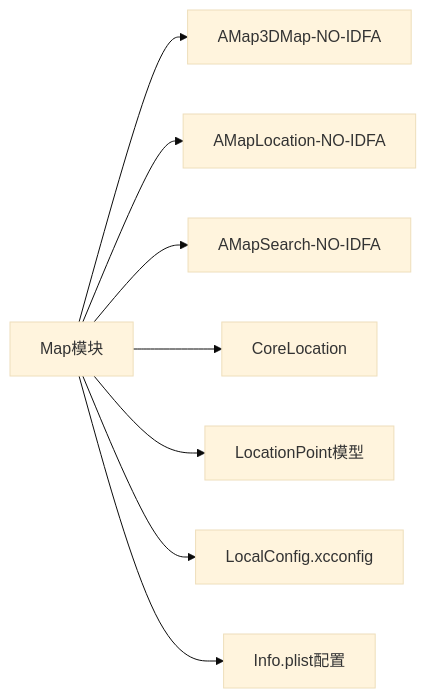
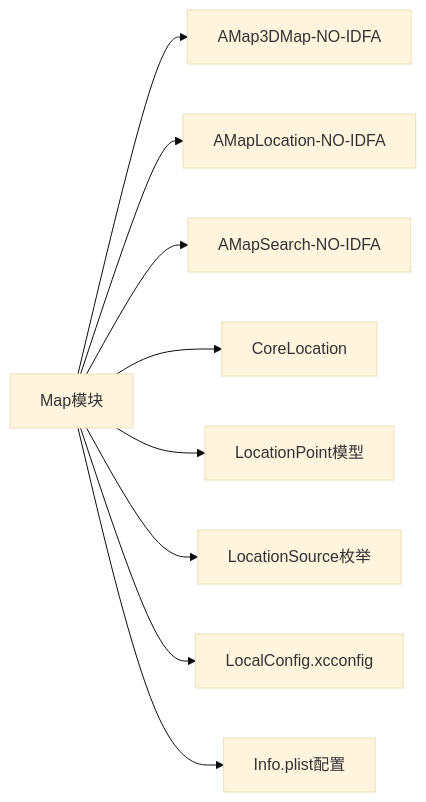
Before and after one commit to Jayden23018/blind-run-ios: the sixth of 6 diagrams in .qoder/repowiki/zh/content/核心功能模块/地图与定位服务.md, drawn with Mermaid (base theme). The commit also changed other lines of this file and 14 other files, not shown here.

Commit message:
Improve blind runner booking map and speech input flows

````diff
--- a/.qoder/repowiki/zh/content/核心功能模块/地图与定位服务.md
+++ b/.qoder/repowiki/zh/content/核心功能模块/地图与定位服务.md
@@ -283,10 +368,11 @@
 ```mermaid
 graph LR
 Map["Map模块"] --> AMap3D["AMap3DMap-NO-IDFA"]
 Map --> AMapLoc["AMapLocation-NO-IDFA"]
 Map --> AMapSearch["AMapSearch-NO-IDFA"]
 Map --> CL["CoreLocation"]
 Map --> DTO["LocationPoint模型"]
+Map --> LS["LocationSource枚举"]
 Map --> XCConfig["LocalConfig.xcconfig"]
 Map --> InfoPlist["Info.plist配置"]
 ```
````
